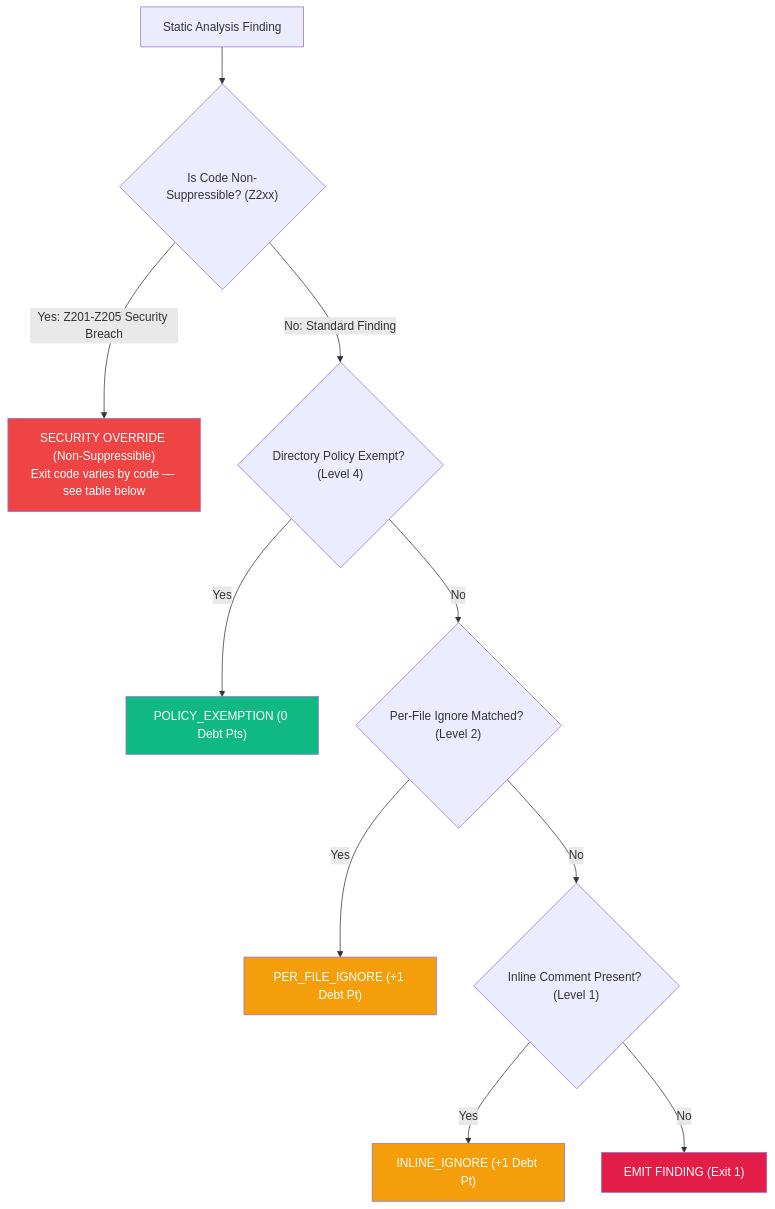
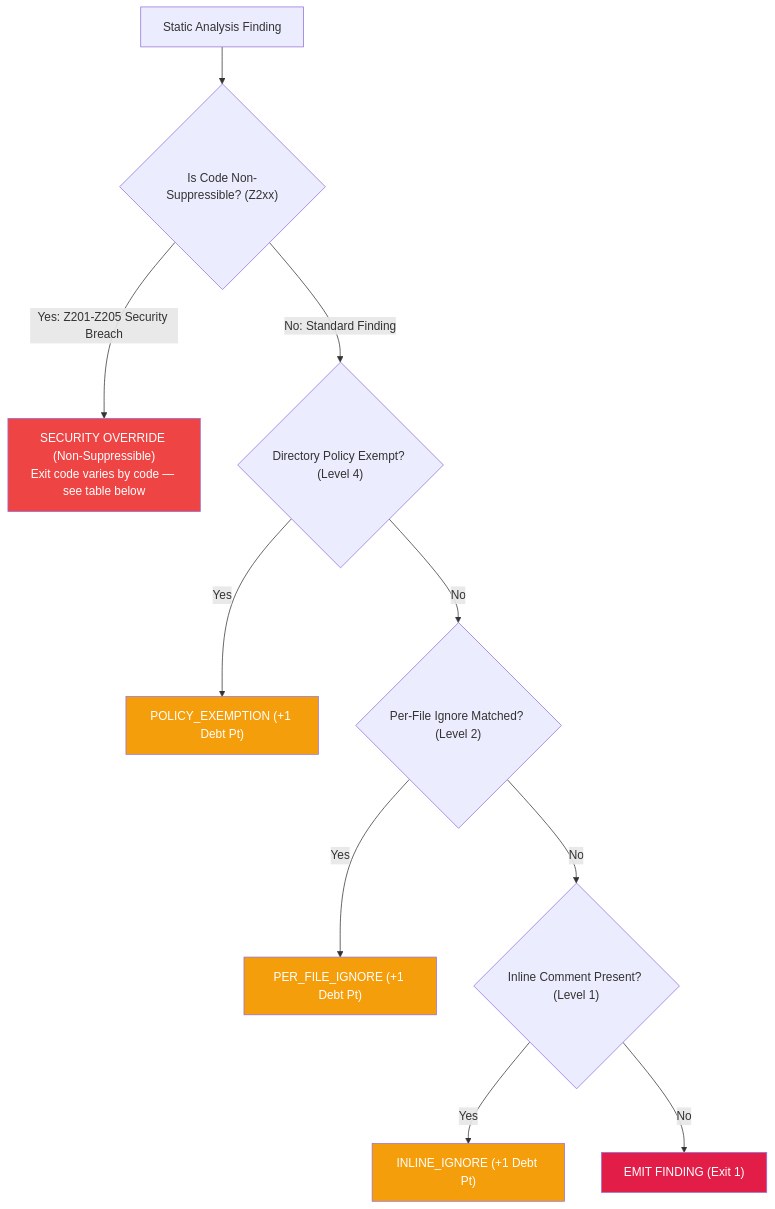
Before and after one commit to PythonWoods-Dev/zenzic: the diagram in docs/reference/suppression-policy.md, drawn with Mermaid. The commit also changed other lines of this file and 16 other files, not shown here.

````diff
--- a/docs/reference/suppression-policy.md
+++ b/docs/reference/suppression-policy.md
@@ -46,18 +46,18 @@
 ```mermaid
 flowchart TD
     A["Static Analysis Finding"] --> B{"Is Code Non-Suppressible? (Z2xx)"}
     B -->|Yes: Z201-Z205 Security Breach| C["SECURITY OVERRIDE (Non-Suppressible)\nExit code varies by code — see table below"]
     B -->|No: Standard Finding| D{"Directory Policy Exempt? (Level 4)"}
-    D -->|Yes| E["POLICY_EXEMPTION (0 Debt Pts)"]
+    D -->|Yes| E["POLICY_EXEMPTION (+1 Debt Pt)"]
     D -->|No| F{"Per-File Ignore Matched? (Level 2)"}
     F -->|Yes| G["PER_FILE_IGNORE (+1 Debt Pt)"]
     F -->|No| H{"Inline Comment Present? (Level 1)"}
     H -->|Yes| I["INLINE_IGNORE (+1 Debt Pt)"]
     H -->|No| J["EMIT FINDING (Exit 1)"]
 
     style C fill:#ef4444,color:#fff
-    style E fill:#10b981,color:#fff
+    style E fill:#f59e0b,color:#fff
     style G fill:#f59e0b,color:#fff
     style I fill:#f59e0b,color:#fff
     style J fill:#e11d48,color:#fff
 ```
````
